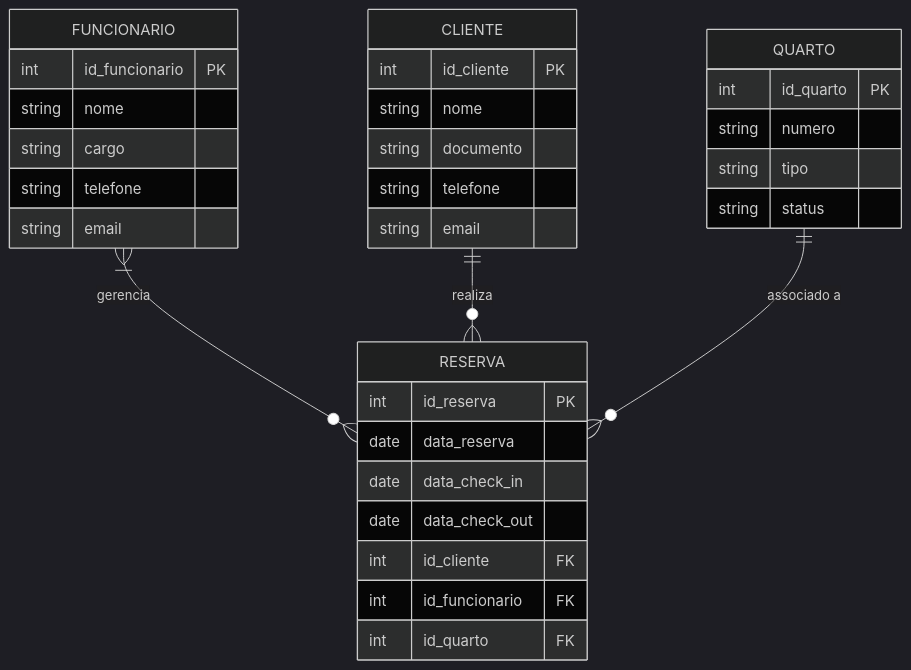
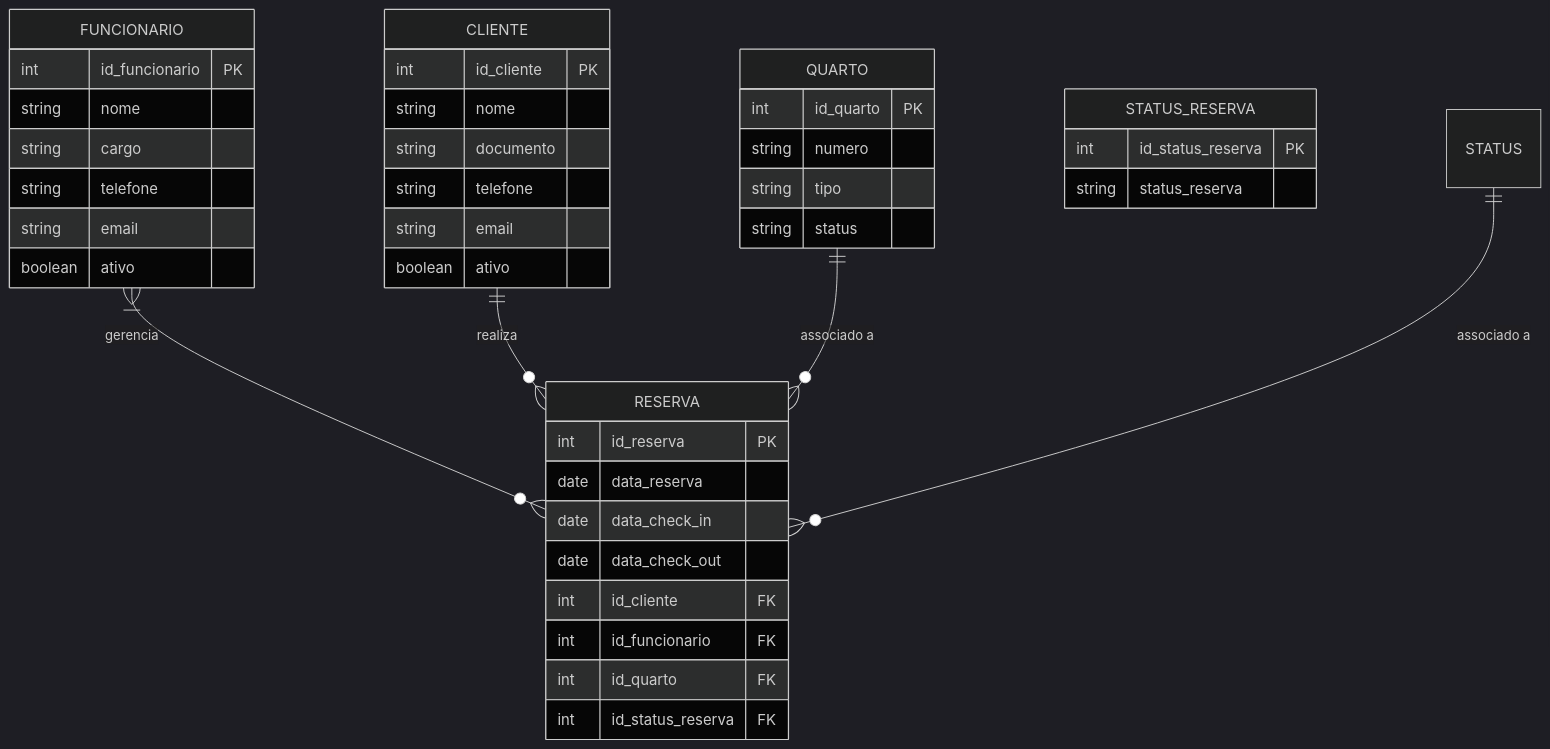
The diagram in README.md (rodrigotmo/fullstack1-hotel-manager), drawn with Mermaid (dark theme) before and after one commit.

Commit message:
Adicionando diagrama ER no readme

````diff
--- a/README.md
+++ b/README.md
@@ -6,39 +6,48 @@
 ```mermaid
 erDiagram
     FUNCIONARIO {
         int id_funcionario PK
         string nome
         string cargo
         string telefone
         string email
+        boolean ativo
     }
 
     QUARTO {
         int id_quarto PK
         string numero
         string tipo
         string status
     }
 
     CLIENTE {
         int id_cliente PK
         string nome
         string documento
         string telefone
         string email
+        boolean ativo
     }
 
     RESERVA {
         int id_reserva PK
         date data_reserva
         date data_check_in
         date data_check_out
         int id_cliente FK
         int id_funcionario FK
         int id_quarto FK
+        int id_status_reserva FK
+    }
+
+    STATUS_RESERVA {
+        int id_status_reserva PK
+        string status_reserva
     }
 
     FUNCIONARIO }|--o{ RESERVA : "gerencia"
     CLIENTE ||--o{ RESERVA : "realiza"
     QUARTO ||--o{ RESERVA : "associado a"
+    STATUS ||--o{ RESERVA : "associado a"
 ```
````
